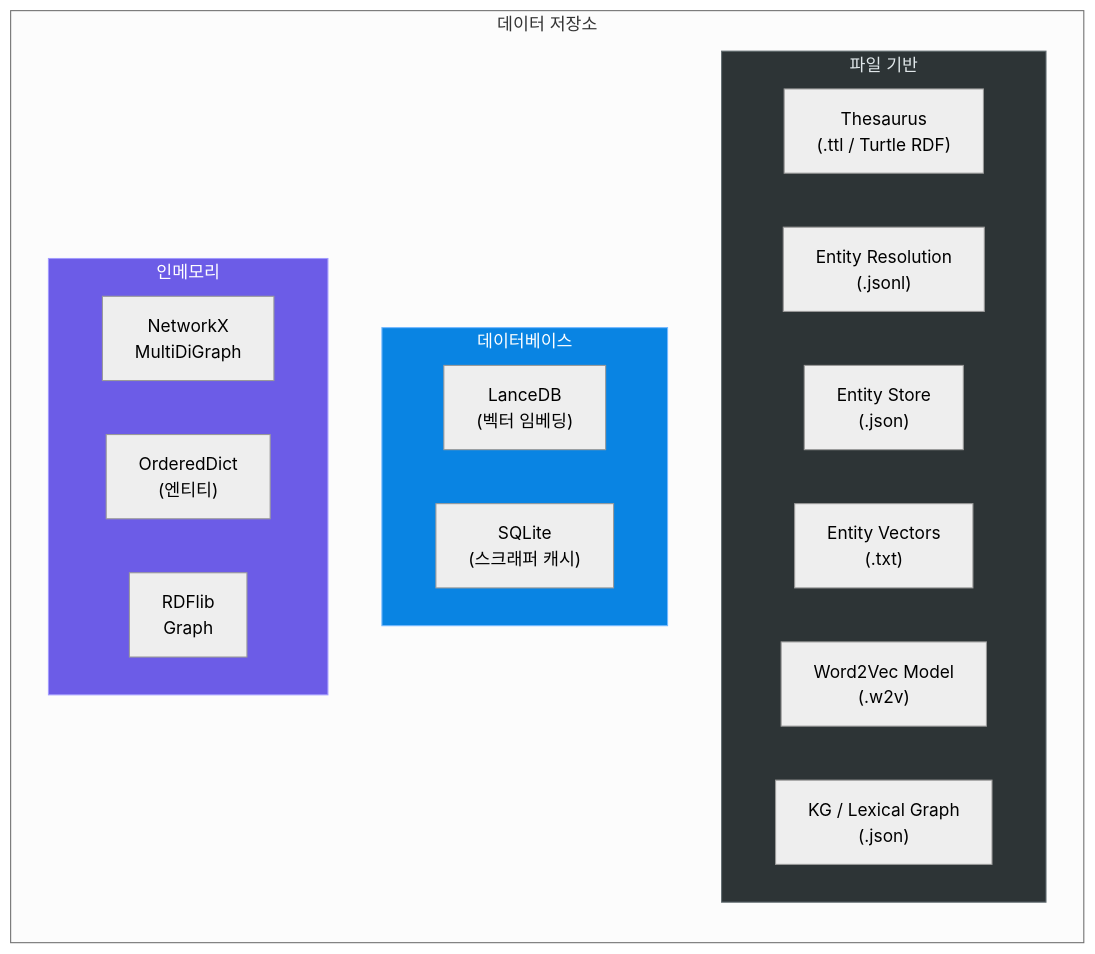
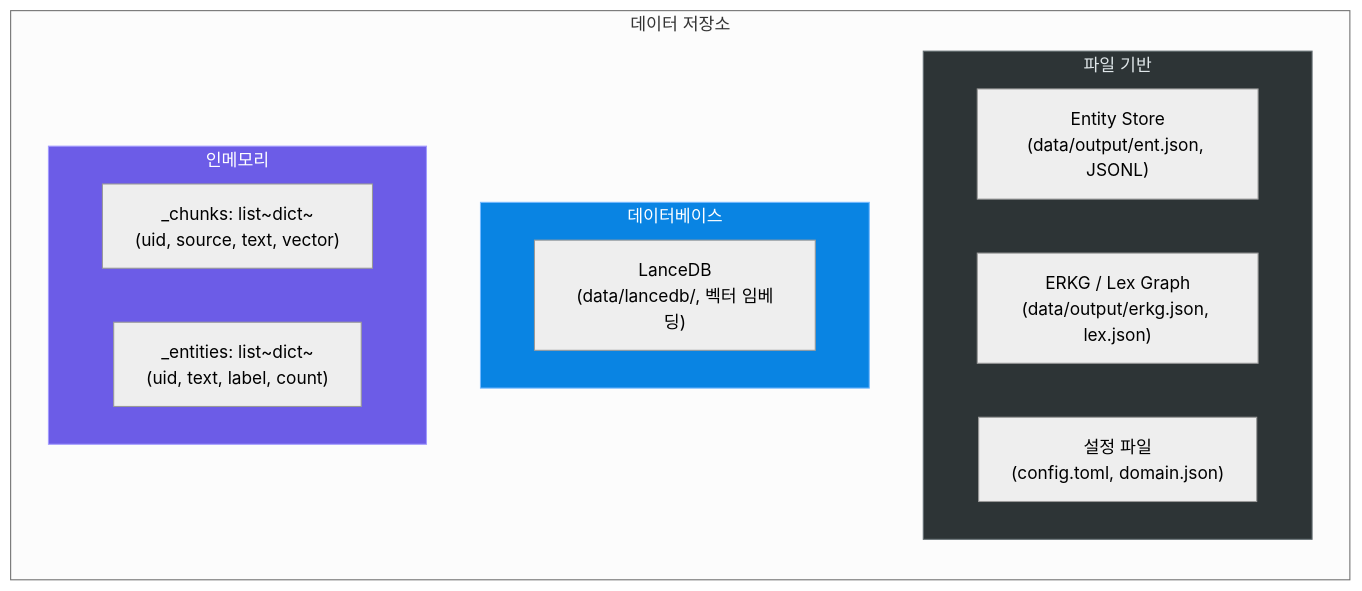
One commit to laurus-kpa007/GraphRAG-Senzing changed the third of 10 diagrams in docs/02_block_and_sequence_diagrams.md. Above: the diagram before and after it, drawn with Mermaid (neutral theme). The commit also changed other lines of this file and 4 other files, not shown here.

````diff
--- a/docs/02_block_and_sequence_diagrams.md
+++ b/docs/02_block_and_sequence_diagrams.md
@@ -127,29 +117,24 @@
 ```mermaid
 graph LR
     subgraph PERSISTENCE["데이터 저장소"]
         direction TB
         subgraph FILES["파일 기반"]
-            TTL["Thesaurus\n(.ttl / Turtle RDF)"]
-            JSONL["Entity Resolution\n(.jsonl)"]
-            ENTJSON["Entity Store\n(.json)"]
-            VECFILE["Entity Vectors\n(.txt)"]
-            W2VFILE["Word2Vec Model\n(.w2v)"]
-            GRAPHJSON["KG / Lexical Graph\n(.json)"]
+            ENTJSON["Entity Store\n(data/output/ent.json, JSONL)"]
+            GRAPHJSON["ERKG / Lex Graph\n(data/output/erkg.json, lex.json)"]
+            CONFIG["설정 파일\n(config.toml, domain.json)"]
         end
 
         subgraph DB["데이터베이스"]
-            LANCE["LanceDB\n(벡터 임베딩)"]
-            SQLITE["SQLite\n(스크래퍼 캐시)"]
+            LANCE["LanceDB\n(data/lancedb/, 벡터 임베딩)"]
         end
 
         subgraph MEMORY["인메모리"]
-            NX["NetworkX\nMultiDiGraph"]
-            ORDDICT["OrderedDict\n(엔티티)"]
-            RDFG["RDFlib\nGraph"]
+            CHUNKS["_chunks: list~dict~\n(uid, source, text, vector)"]
+            ENTITIES["_entities: list~dict~\n(uid, text, label, count)"]
         end
     end
 
     style FILES fill:#2d3436,stroke:#636e72,color:#dfe6e9
     style DB fill:#0984e3,stroke:#74b9ff,color:#fff
     style MEMORY fill:#6c5ce7,stroke:#a29bfe,color:#fff
 ```
````
